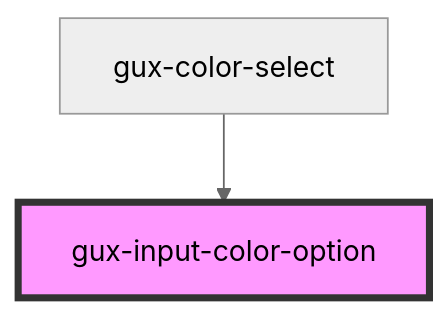
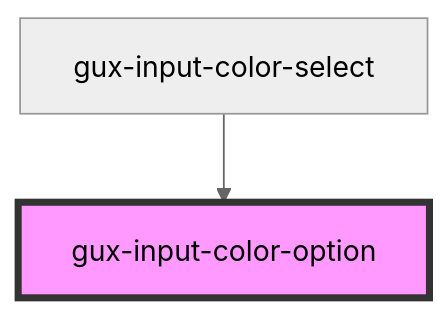
The diagram in src/components/stable/gux-form-field/components/gux-input-color/components/gux-input-color-option/readme.md (MyPureCloud/genesys-webcomponents), drawn with Mermaid (neutral theme) before and after one commit. The commit also changed other lines of this file and 18 other files, not shown here.

````diff
--- a/src/components/stable/gux-form-field/components/gux-input-color/components/gux-input-color-option/readme.md
+++ b/src/components/stable/gux-form-field/components/gux-input-color/components/gux-input-color-option/readme.md
@@ -30,5 +30,5 @@
 ```mermaid
 graph TD;
-  gux-color-select --> gux-input-color-option
+  gux-input-color-select --> gux-input-color-option
   style gux-input-color-option fill:#f9f,stroke:#333,stroke-width:4px
 ```
````
